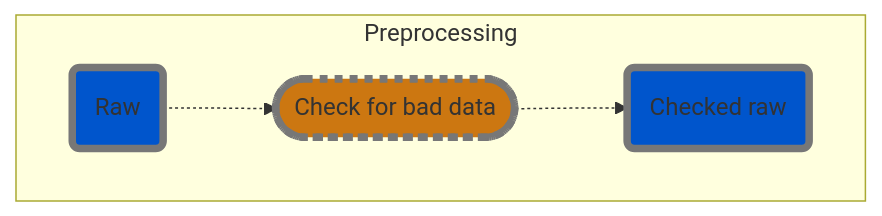
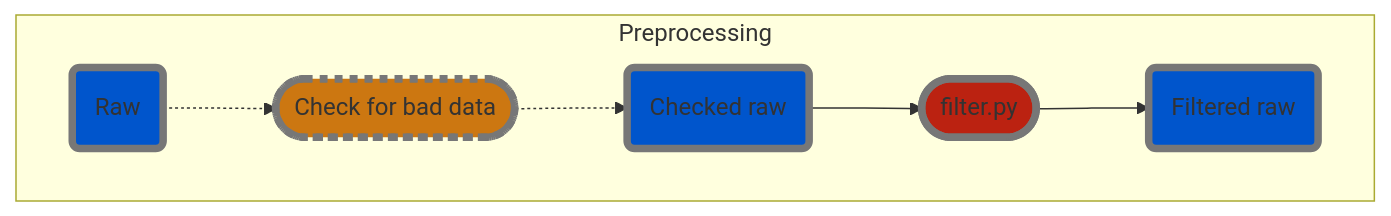
The diagram in README.md (hiroyoshi-yamasaki/MNE-MVPA), drawn with Mermaid before and after one commit.

Commit message:
mermaid not working on github

````diff
--- a/README.md
+++ b/README.md
@@ -4,23 +4,25 @@
 ```mermaid
 graph TD
     %% Processes
     classDef automatic_process fill: #b21, stroke-width: 5px, stroke: #777
     classDef manual_process fill: #c71, stroke-width: 5px, stroke: #777, stroke-dasharray: 5, 5;
     
     %% Data
     classDef mne_data fill: #05c, stroke-width: 5px, stroke: #777
     classDef event_data fill: #260, stroke-width: 5px, stroke: #777
     classDef other_data fill: #55c, stroke-width: 5px, stroke: #777
 
     %% Preprocessing MEG data
     subgraph "Preprocessing"
     
         %% Manual check for bad channels, artefacts etc.
         raw_data("Raw"):::mne_data -.-> check_raw(["Check for bad data"]):::manual_process;
         check_raw -.-> checked_raw("Checked raw"):::mne_data;
     
-        
+        %% Filter the data
+        checked_raw --> filter(["filter.py"]):::automatic_process;
+        filter --> filtered_raw("Filtered raw"):::mne_data;
         
     end
     
 ```
````
